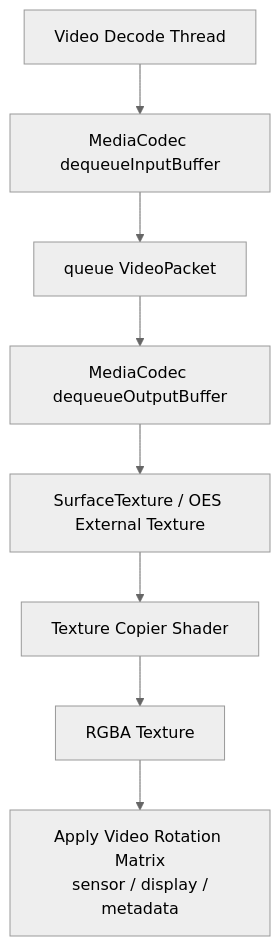
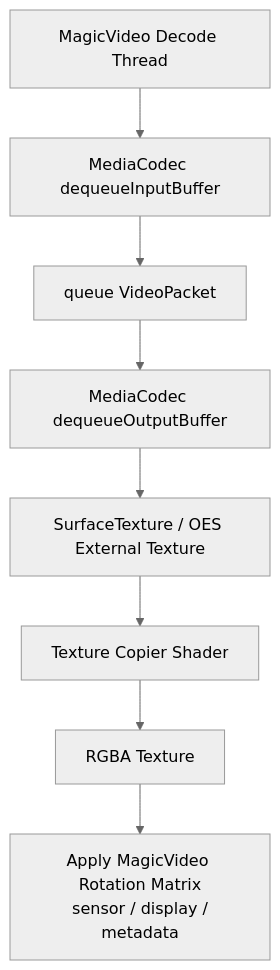
The third of 6 diagrams in document/workflow.md (Atomos-X/Camera2Magic), drawn with Mermaid (neutral theme) before and after one commit. The commit also changed other lines of this file and 11 other files, not shown here.

````diff
--- a/document/workflow.md
+++ b/document/workflow.md
@@ -38,13 +38,13 @@
     ```mermaid
     flowchart TD
-        V0[Video Decode Thread]
+        V0[MagicVideo Decode Thread]
         V0 --> V1[MediaCodec dequeueInputBuffer]
         V1 --> V2[queue VideoPacket]
         V2 --> V3[MediaCodec dequeueOutputBuffer]
     
         V3 --> V4[SurfaceTexture / OES External Texture]
         V4 --> V5[Texture Copier Shader]
         V5 --> V6[RGBA Texture]
     
-        V6 --> V7[Apply Video Rotation Matrix<br/> sensor / display / metadata]
+        V6 --> V7[Apply MagicVideo Rotation Matrix<br/> sensor / display / metadata]
     ```
````
